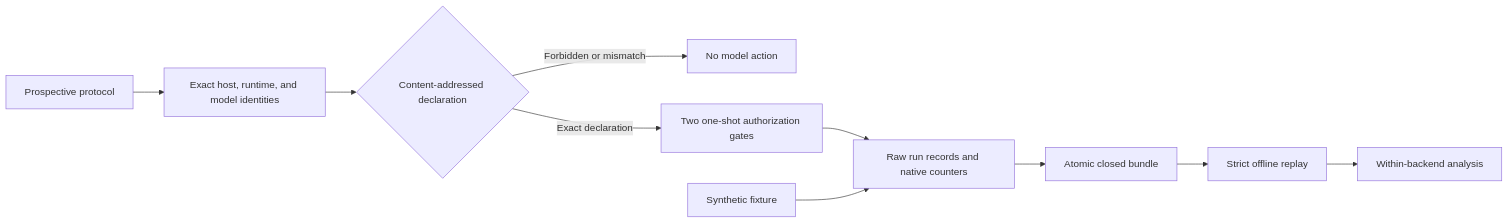
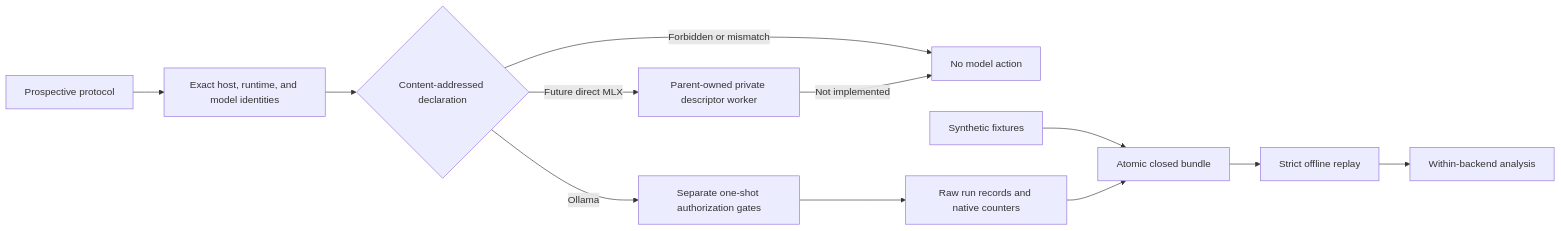
The diagram in README.md (Siddhant-K-code/LocalInferenceLab), drawn with Mermaid before and after one commit. The commit also changed other lines of this file and 11 other files, not shown here.

First line of the commit message:
Build fail-closed direct MLX runner contract (#5)

````diff
--- a/README.md
+++ b/README.md
@@ -23,12 +37,14 @@
 ```mermaid
 flowchart LR
     P[Prospective protocol] --> I[Exact host, runtime, and model identities]
     I --> A{Content-addressed declaration}
     A -->|Forbidden or mismatch| X[No model action]
-    A -->|Exact declaration| G[Two one-shot authorization gates]
+    A -->|Ollama| G[Separate one-shot authorization gates]
+    A -->|Future direct MLX| W[Parent-owned private descriptor worker]
     G --> R[Raw run records and native counters]
-    F[Synthetic fixture] --> R
-    R --> C[Atomic closed bundle]
+    W -->|Not implemented| X
+    F[Synthetic fixtures] --> C[Atomic closed bundle]
+    R --> C
     C --> O[Strict offline replay]
     O --> N[Within-backend analysis]
 ```
````
